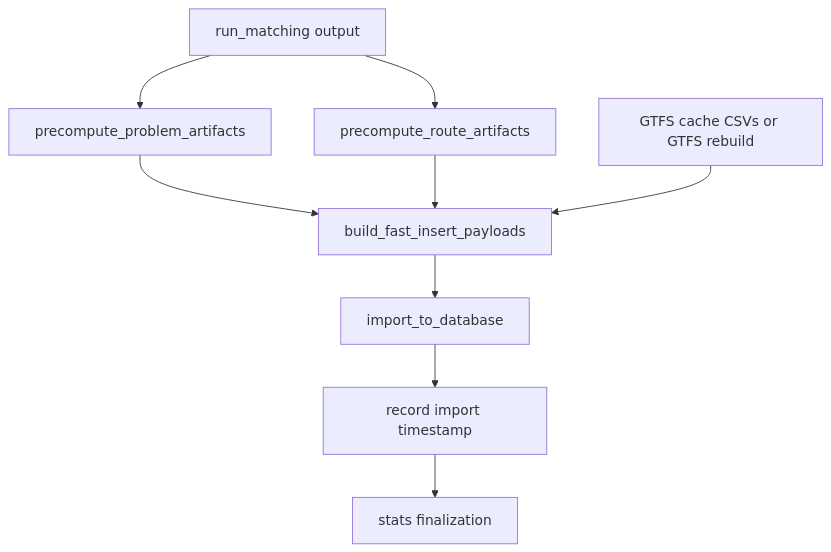
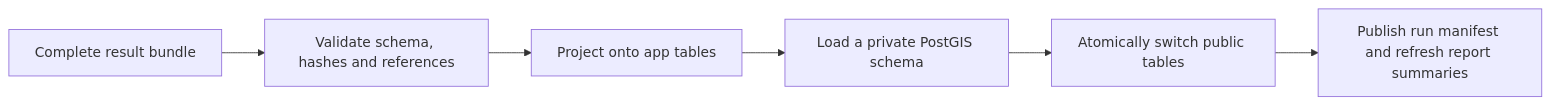
One commit to openTdataCH/stop_sync_osm_atlas changed the diagram in documentation/5.1 Import Process.md. Above: the diagram before and after it, drawn with Mermaid. The commit also changed other lines of this file and 261 other files, not shown here.

````diff
--- a/documentation/5.1 Import Process.md
+++ b/documentation/5.1 Import Process.md
@@ -14,11 +5,8 @@
 ```mermaid
-flowchart TB
-    A[run_matching output] --> B[precompute_problem_artifacts]
-    A --> C[precompute_route_artifacts]
-    B --> D[build_fast_insert_payloads]
-    C --> D
-    E[GTFS cache CSVs or GTFS rebuild] --> D
-    D --> F[import_to_database]
-    F --> G[record import timestamp]
-    G --> H[stats finalization]
+flowchart LR
+    B[Complete result bundle] --> V[Validate schema, hashes and references]
+    V --> P[Project onto app tables]
+    P --> S[Load a private PostGIS schema]
+    S --> A[Atomically switch public tables]
+    A --> M[Publish run manifest and refresh report summaries]
 ```
````
